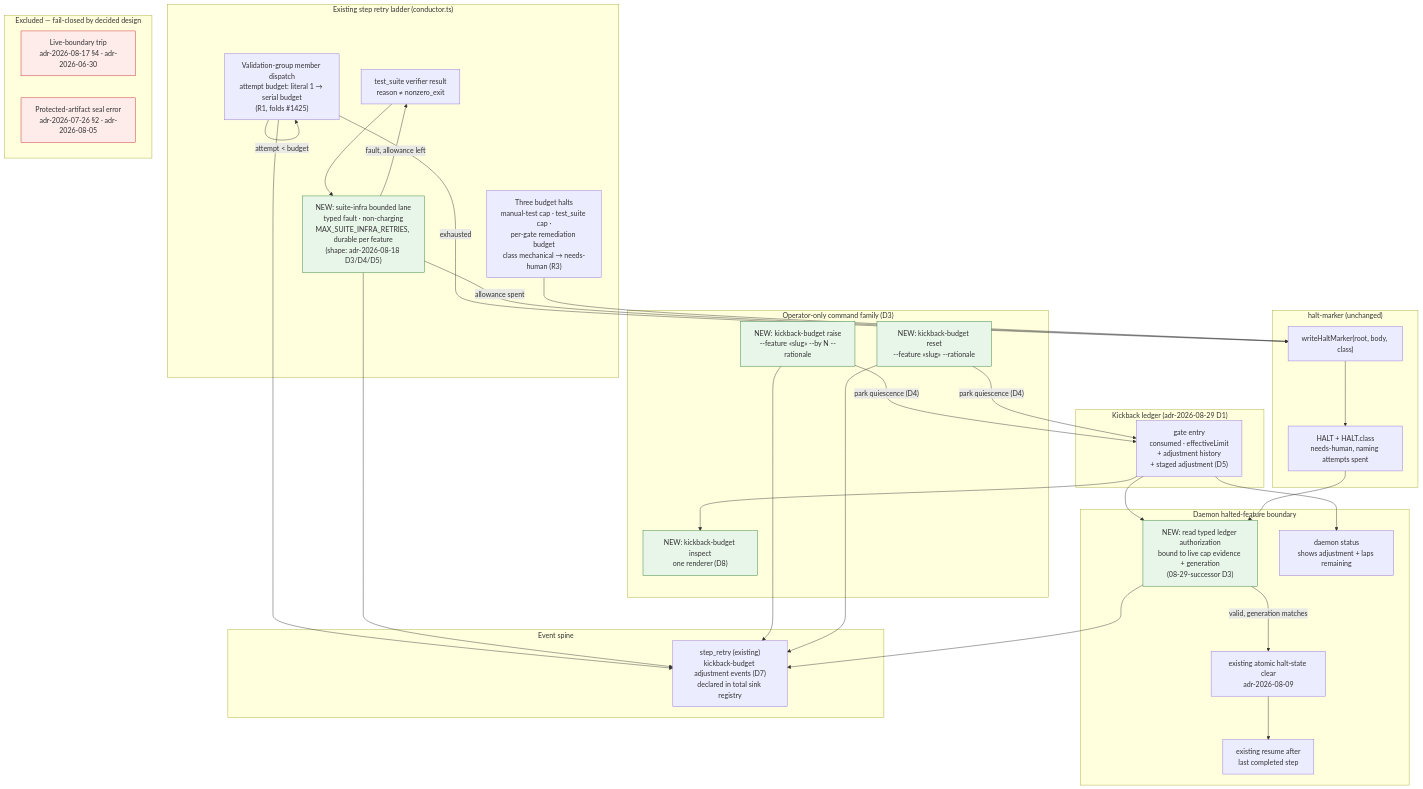
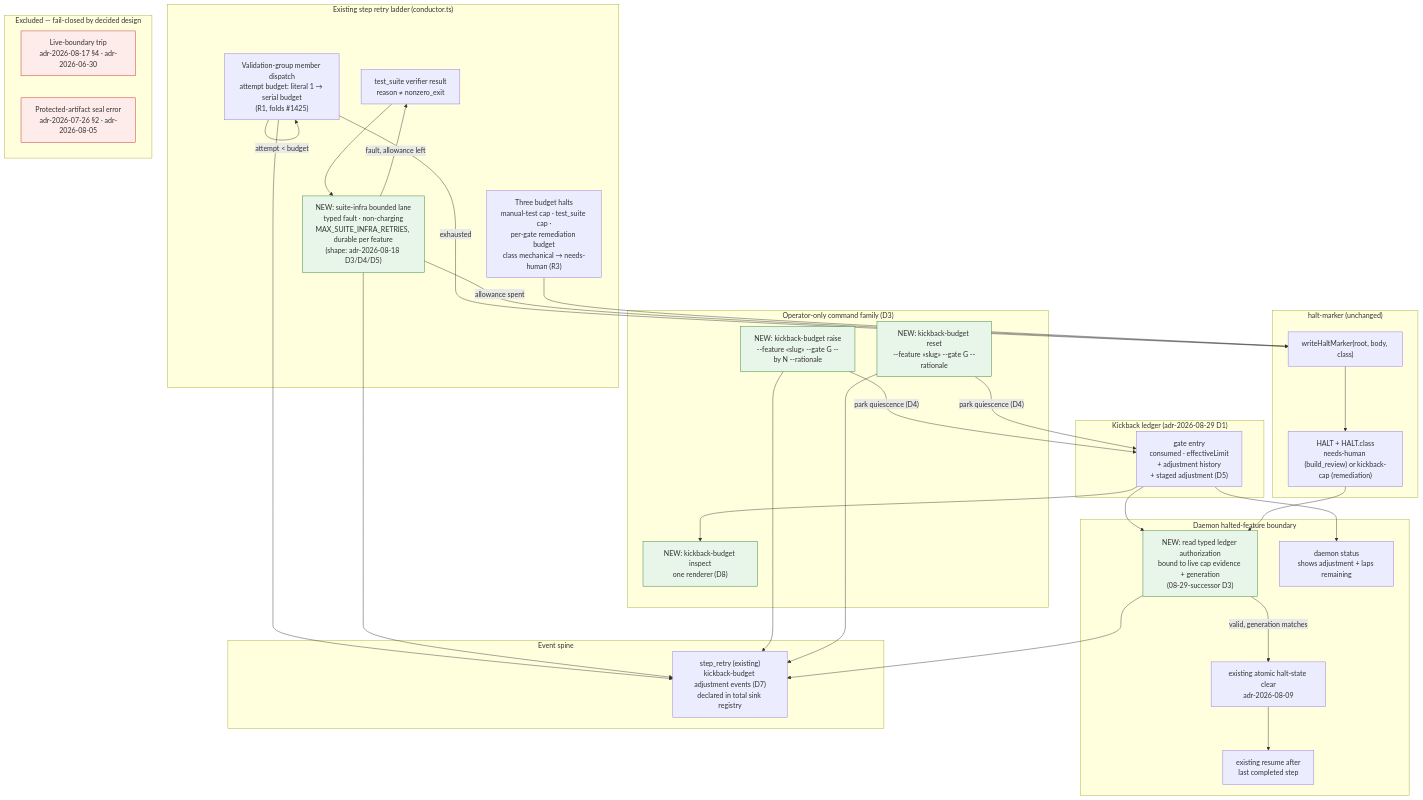
Before and after one commit to jstoup111/ai-conductor: the diagram in .docs/architecture/a-halted-feature-only-re-runs-when-a-human-clears-.md, drawn with Mermaid. The commit also changed 4 other files, not shown here.

First line of the commit message:
fix(kickback): fail closed budget recovery

````diff
--- a/.docs/architecture/a-halted-feature-only-re-runs-when-a-human-clears-.md
+++ b/.docs/architecture/a-halted-feature-only-re-runs-when-a-human-clears-.md
@@ -11,68 +11,68 @@
 ```mermaid
 graph TD
   subgraph Ladder["Existing step retry ladder (conductor.ts)"]
     GRP["Validation-group member dispatch<br/>attempt budget: literal 1 → serial budget<br/>(R1, folds #1425)"]
     SUITE["test_suite verifier result<br/>reason ≠ nonzero_exit"]
     LANE["NEW: suite-infra bounded lane<br/>typed fault · non-charging<br/>MAX_SUITE_INFRA_RETRIES, durable per feature<br/>(shape: adr-2026-08-18 D3/D4/D5)"]
     BUDGET["Three budget halts<br/>manual-test cap · test_suite cap ·<br/>per-gate remediation budget<br/>class mechanical → needs-human (R3)"]
   end
 
   subgraph Excluded["Excluded — fail-closed by decided design"]
     LB["Live-boundary trip<br/>adr-2026-08-17 §4 · adr-2026-06-30"]
     SEAL["Protected-artifact seal error<br/>adr-2026-07-26 §2 · adr-2026-08-05"]
   end
 
   subgraph Marker["halt-marker (unchanged)"]
     WH["writeHaltMarker(root, body, class)"]
-    HALT["HALT + HALT.class<br/>needs-human, naming attempts spent"]
+    HALT["HALT + HALT.class<br/>needs-human (build_review) or kickback-cap (remediation)"]
   end
 
   subgraph Ledger["Kickback ledger (adr-2026-08-29 D1)"]
     ENTRY["gate entry<br/>consumed · effectiveLimit<br/>+ adjustment history<br/>+ staged adjustment (D5)"]
   end
 
   subgraph CLI["Operator-only command family (D3)"]
-    RAISE["NEW: kickback-budget raise<br/>--feature «slug» --by N --rationale"]
-    RESET["NEW: kickback-budget reset<br/>--feature «slug» --rationale"]
+    RAISE["NEW: kickback-budget raise<br/>--feature «slug» --gate G --by N --rationale"]
+    RESET["NEW: kickback-budget reset<br/>--feature «slug» --gate G --rationale"]
     INSPECT["NEW: kickback-budget inspect<br/>one renderer (D8)"]
   end
 
   subgraph Daemon["Daemon halted-feature boundary"]
     AUTH["NEW: read typed ledger authorization<br/>bound to live cap evidence + generation<br/>(08-29-successor D3)"]
     CLEAR["existing atomic halt-state clear<br/>adr-2026-08-09"]
     RESUME["existing resume after<br/>last completed step"]
     STATUS["daemon status<br/>shows adjustment + laps remaining"]
   end
 
   subgraph Spine["Event spine"]
     EV["step_retry (existing)<br/>kickback-budget adjustment events (D7)<br/>declared in total sink registry"]
   end
 
   GRP -->|"attempt < budget"| GRP
   GRP -->|"exhausted"| WH
   SUITE --> LANE
   LANE -->|"fault, allowance left"| SUITE
   LANE -->|"allowance spent"| WH
   BUDGET --> WH
   WH --> HALT
   RAISE -->|"park quiescence (D4)"| ENTRY
   RESET -->|"park quiescence (D4)"| ENTRY
   ENTRY --> INSPECT
   ENTRY --> AUTH
   HALT --> AUTH
   AUTH -->|"valid, generation matches"| CLEAR --> RESUME
   ENTRY --> STATUS
   GRP --> EV
   LANE --> EV
   RAISE --> EV
   RESET --> EV
   AUTH --> EV
 
   style LANE fill:#e8f5e9,stroke:#2e7d32
   style RAISE fill:#e8f5e9,stroke:#2e7d32
   style RESET fill:#e8f5e9,stroke:#2e7d32
   style INSPECT fill:#e8f5e9,stroke:#2e7d32
   style AUTH fill:#e8f5e9,stroke:#2e7d32
   style LB fill:#fdecea,stroke:#c62828
   style SEAL fill:#fdecea,stroke:#c62828
 ```
````
